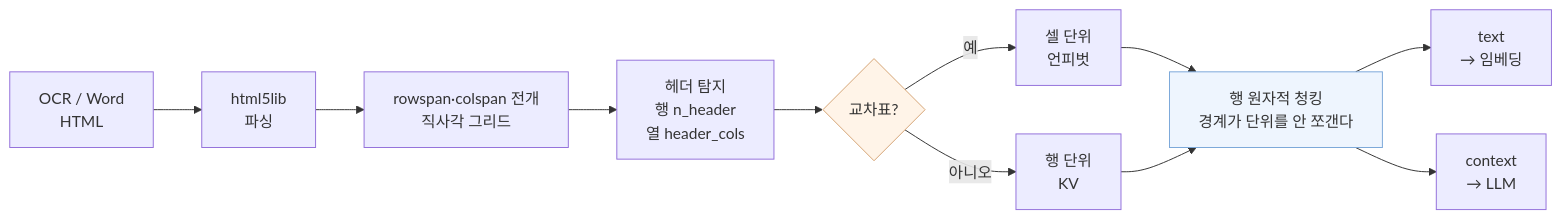
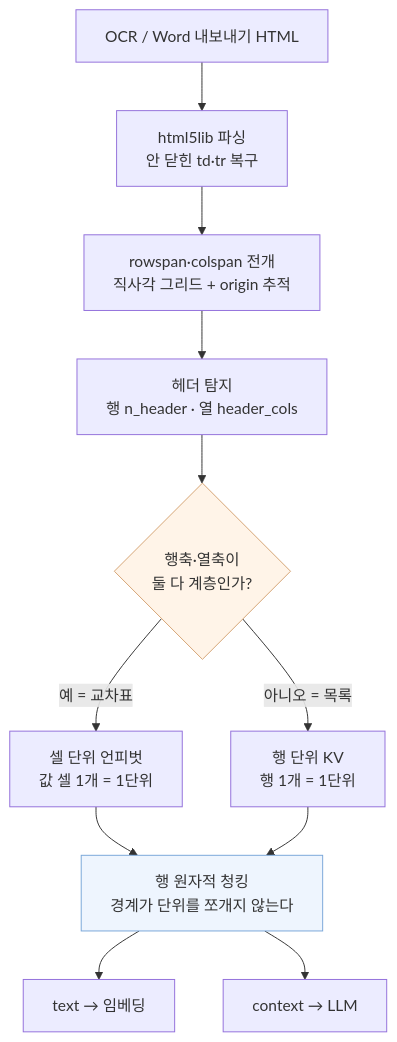
One commit to hizieun/ko-table-chunker changed the first of 2 diagrams in README.md. Above: the diagram before and after it, drawn with Mermaid.

Commit message:
README 파이프라인 흐름도를 세로형으로 — 가로형은 GitHub 폭에 눌려 한글이 안 읽힌다

````diff
--- a/README.md
+++ b/README.md
@@ -15,15 +15,15 @@
 ```mermaid
-flowchart LR
-    A["OCR / Word<br/>HTML"] --> B["html5lib<br/>파싱"]
-    B --> C["rowspan·colspan 전개<br/>직사각 그리드"]
-    C --> D["헤더 탐지<br/>행 n_header<br/>열 header_cols"]
-    D --> E{"교차표?"}
-    E -->|"예"| F["셀 단위<br/>언피벗"]
-    E -->|"아니오"| G["행 단위<br/>KV"]
-    F --> H["행 원자적 청킹<br/>경계가 단위를 안 쪼갠다"]
+flowchart TD
+    A["OCR / Word 내보내기 HTML"] --> B["html5lib 파싱<br/>안 닫힌 td·tr 복구"]
+    B --> C["rowspan·colspan 전개<br/>직사각 그리드 + origin 추적"]
+    C --> D["헤더 탐지<br/>행 n_header · 열 header_cols"]
+    D --> E{"행축·열축이<br/>둘 다 계층인가?"}
+    E -->|"예 = 교차표"| F["셀 단위 언피벗<br/>값 셀 1개 = 1단위"]
+    E -->|"아니오 = 목록"| G["행 단위 KV<br/>행 1개 = 1단위"]
+    F --> H["행 원자적 청킹<br/>경계가 단위를 쪼개지 않는다"]
     G --> H
-    H --> I["text<br/>→ 임베딩"]
-    H --> J["context<br/>→ LLM"]
+    H --> I["text → 임베딩"]
+    H --> J["context → LLM"]
     style E fill:#fff4e8,stroke:#d4a373
     style H fill:#eef5fe,stroke:#7aa7d9
 ```
````
